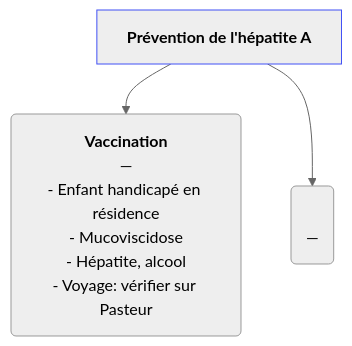
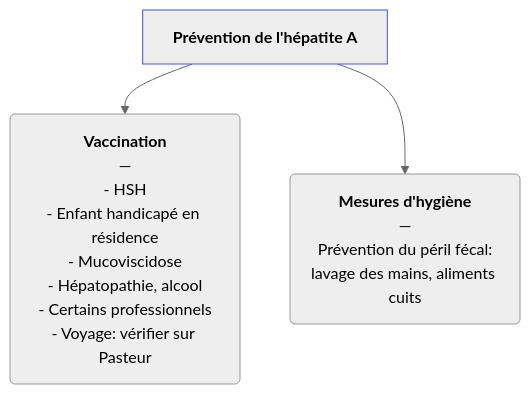
The diagram in content/recommandations/hepatite-a.md (djibe/recommandations-medicales), drawn with Mermaid (neutral theme) before and after one commit. The commit also changed 24 other files, not shown here.

```diff
--- a/content/recommandations/hepatite-a.md
+++ b/content/recommandations/hepatite-a.md
@@ -118,6 +118,6 @@
 {{< mermaid title="Prise en charge de la prévention de l'hépatite A par le médecin généraliste. Dr JB Fron d'après Ministère de la Santé" >}}
 graph TB
-  prévention["<b>Prévention de l'hépatite A</b>"] --> vaccination("<b>Vaccination</b><br>—<br>- Enfant handicapé en résidence<br>- Mucoviscidose<br>- Hépatite, alcool<br>- Voyage: vérifier sur Pasteur")
-    prévention --> hygiène("<b></b><br>—<br>")
+  prévention["<b>Prévention de l'hépatite A</b>"] --> vaccination("<b>Vaccination</b><br>—<br>- HSH<br>- Enfant handicapé en résidence<br>- Mucoviscidose<br>- Hépatopathie, alcool<br>- Certains professionnels<br>- Voyage: vérifier sur Pasteur")
+    prévention --> hygiène("<b>Mesures d'hygiène</b><br>—<br>Prévention du péril fécal:<br>lavage des mains, aliments cuits")
   style prévention stroke:#4150f5, stroke-width:1px
 {{< /mermaid >}}
```
